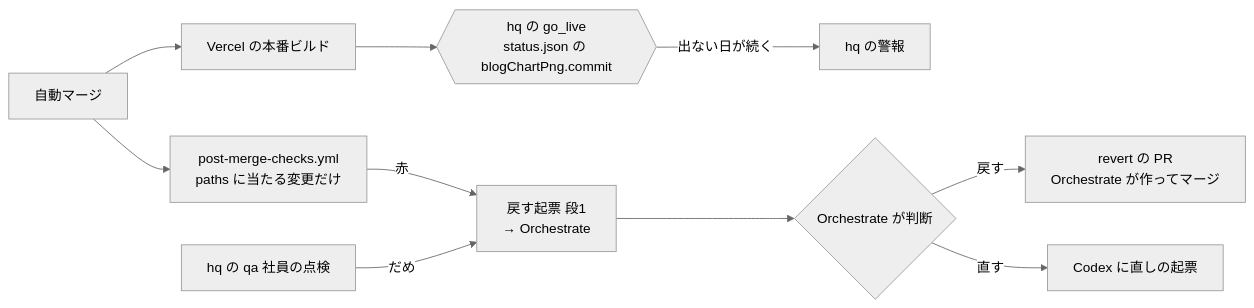
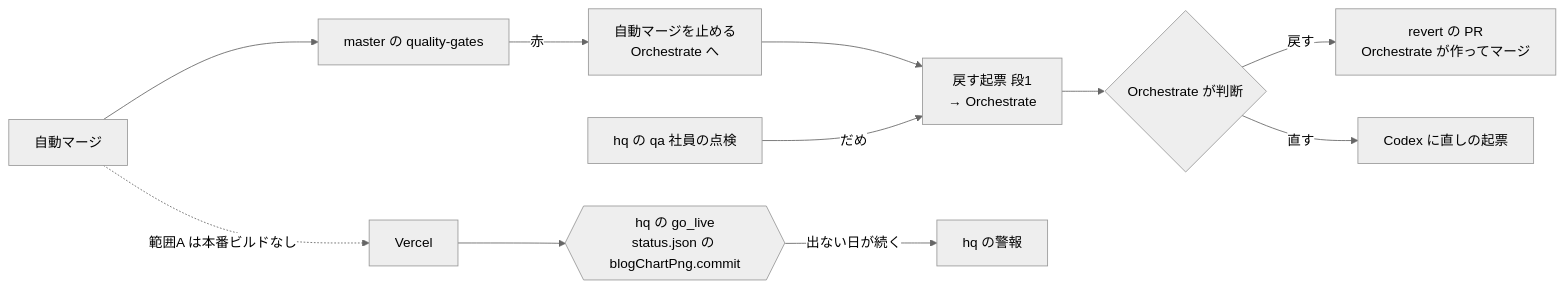
The second of 2 diagrams in docs/design/codex-direct-pr/design.md (rhapsody0919/boatrace-ai-predictor), drawn with Mermaid (neutral theme) before and after one commit. The commit also changed other lines of this file, not shown here.

````diff
--- a/docs/design/codex-direct-pr/design.md
+++ b/docs/design/codex-direct-pr/design.md
@@ -152,12 +158,13 @@
 ```mermaid
 flowchart LR
-  M[自動マージ] --> D[Vercel の本番ビルド]
-  M --> PC[post-merge-checks.yml<br/>paths に当たる変更だけ]
+  M[自動マージ] --> QG[master の quality-gates]
+  QG -->|赤| STOP[自動マージを止める<br/>Orchestrate へ]
+  STOP --> T1
+  M -.範囲A は本番ビルドなし.-> D[Vercel]
   D --> GL{{hq の go_live<br/>status.json の blogChartPng.commit}}
   GL -->|出ない日が続く| AL[hq の警報]
-  PC -->|赤| T1
   QA[hq の qa 社員の点検] -->|だめ| T1[戻す起票 段1<br/>→ Orchestrate]
   T1 --> OD{Orchestrate が判断}
   OD -->|戻す| RV[revert の PR<br/>Orchestrate が作ってマージ]
   OD -->|直す| FX[Codex に直しの起票]
 ```
````
